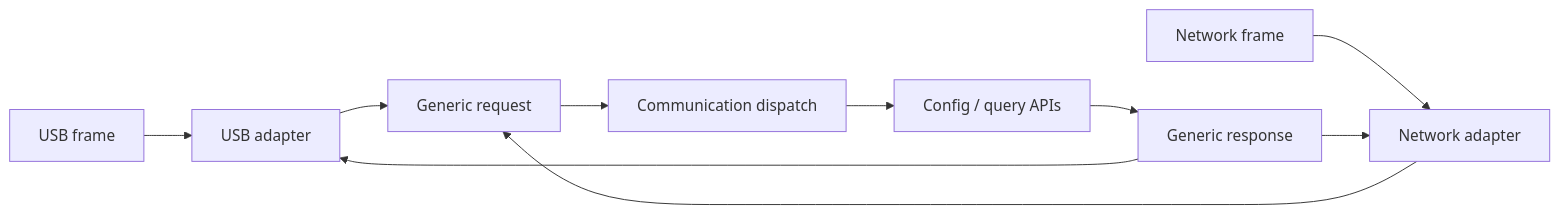
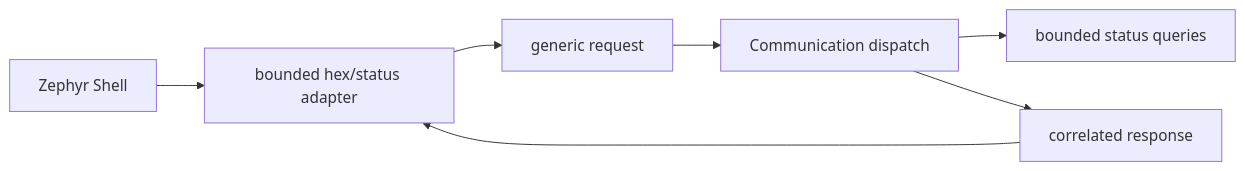
Before and after one commit to andreapiccini/SpaghettiLAB: the diagram in Firmware/core/subsys/communication/README.md, drawn with Mermaid. The commit also changed other lines of this file and 16 other files, not shown here.

````diff
--- a/Firmware/core/subsys/communication/README.md
+++ b/Firmware/core/subsys/communication/README.md
@@ -133,12 +77,9 @@
 ```mermaid
 flowchart LR
-    USB["USB frame"] --> UA["USB adapter"]
-    NET["Network frame"] --> NA["Network adapter"]
-    UA --> REQUEST["Generic request"]
-    NA --> REQUEST
+    SHELL["Zephyr Shell"] --> ADAPTER["bounded hex/status adapter"]
+    ADAPTER --> REQUEST["generic request"]
     REQUEST --> DISPATCH["Communication dispatch"]
-    DISPATCH --> CONFIG["Config / query APIs"]
-    CONFIG --> RESPONSE["Generic response"]
-    RESPONSE --> UA
-    RESPONSE --> NA
+    DISPATCH --> MANAGER["bounded status queries"]
+    DISPATCH --> RESPONSE["correlated response"]
+    RESPONSE --> ADAPTER
 ```
````
